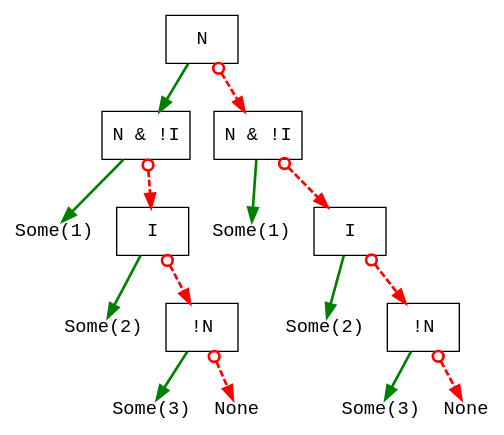
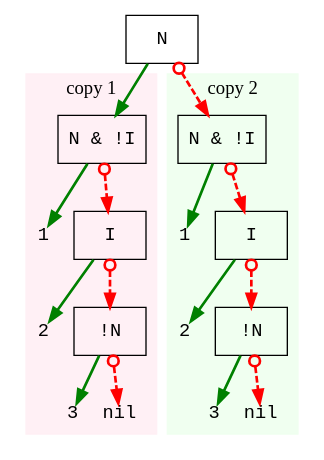
Before and after one commit to jimka2001/clojure-rte: the diagram in doc/reClojure.2025/reclojure.2025.slides.dot/ldd-1.dot, drawn with Graphviz. The commit also changed 13 other files, not shown here.

```diff
--- a/doc/reClojure.2025/reclojure.2025.slides.dot/ldd-1.dot
+++ b/doc/reClojure.2025/reclojure.2025.slides.dot/ldd-1.dot
@@ -1,53 +1,66 @@
 digraph G {
-node [ fontsize=14];
+node [ fontsize=14,fontname="Courier"];
 bgcolor="#ffffff00" # RGBA (with alpha)
 
-8 [shape=box,label="N",fontname="Courier"]
+8 [shape=box,label="N"]
 
-8 -> n1p [style=solid,color=green,penwidth=2]
-8 -> n1n [style=dashed,color=red,penwidth=2,arrowhead=normal,arrowtail=odot,dir=both]
+subgraph cluster_1 {
+label = "copy 1"
 
-{rank=same n1p n1n }
-
-n1p [shape=box,label="N & !I",fontname="Courier"]
-n2p [shape=plain,label="Some(1)",fontname="Courier"]
-n3p [shape=box,label="I",fontname="Courier"]
-n4p [shape=plain,label="Some(2)",fontname="Courier"]
-n5p [shape=box,label="!N",fontname="Courier"]
-n6p [shape=plain,label="Some(3)",fontname="Courier"]
-n7p [shape=plain,label="None",fontname="Courier"]
+style=filled
+color=lavenderblush1
+n1p [shape=box,label="N & !I"]
+n2p [shape=plain,label="1"]
+n3p [shape=box,label="I"]
+n4p [shape=plain,label="2"]
+n5p [shape=box,label="!N"]
+n6p [shape=plain,label="3"]
+n7p [shape=plain,label="nil"]
 {rank=same n2p n3p }
 {rank=same n4p n5p }
 {rank=same n6p n7p }
 
 n1p -> n2p [style=solid,color=green,penwidth=2]
 n1p -> n3p [style=dashed,color=red,penwidth=2,arrowhead=normal,arrowtail=odot,dir=both]
 
 n3p -> n4p [style=solid,color=green,penwidth=2]
 n3p -> n5p [style=dashed,color=red,penwidth=2,arrowhead=normal,arrowtail=odot,dir=both]
 
 n5p -> n6p [style=solid,color=green,penwidth=2]
 n5p -> n7p [style=dashed,color=red,penwidth=2,arrowhead=normal,arrowtail=odot,dir=both]
+}
 
+subgraph cluster_2 {
+label = "copy 2"
 
-n1n [shape=box,label="N & !I",fontname="Courier"]
-n2n [shape=plain,label="Some(1)",fontname="Courier"]
-n3n [shape=box,label="I",fontname="Courier"]
-n4n [shape=plain,label="Some(2)",fontname="Courier"]
-n5n [shape=box,label="!N",fontname="Courier"]
-n6n [shape=plain,label="Some(3)",fontname="Courier"]
-n7n [shape=plain,label="None",fontname="Courier"]
+style=filled
+color=honeydew
+
+n1n [shape=box,label="N & !I"]
+n2n [shape=plain,label="1"]
+n3n [shape=box,label="I"]
+n4n [shape=plain,label="2"]
+n5n [shape=box,label="!N"]
+n6n [shape=plain,label="3"]
+n7n [shape=plain,label="nil"]
 {rank=same n2n n3n }
 {rank=same n4n n5n }
 {rank=same n6n n7n }
 
 n1n -> n2n [style=solid,color=green,penwidth=2]
 n1n -> n3n [style=dashed,color=red,penwidth=2,arrowhead=normal,arrowtail=odot,dir=both]
 
 n3n -> n4n [style=solid,color=green,penwidth=2]
 n3n -> n5n [style=dashed,color=red,penwidth=2,arrowhead=normal,arrowtail=odot,dir=both]
 
 n5n -> n6n [style=solid,color=green,penwidth=2]
 n5n -> n7n [style=dashed,color=red,penwidth=2,arrowhead=normal,arrowtail=odot,dir=both]
 
 }
+
+#{rank=same n1p n1n }
+
+8 -> n1p [style=solid,color=green,penwidth=2]
+8 -> n1n [style=dashed,color=red,penwidth=2,arrowhead=normal,arrowtail=odot,dir=both]
+
+}
```
